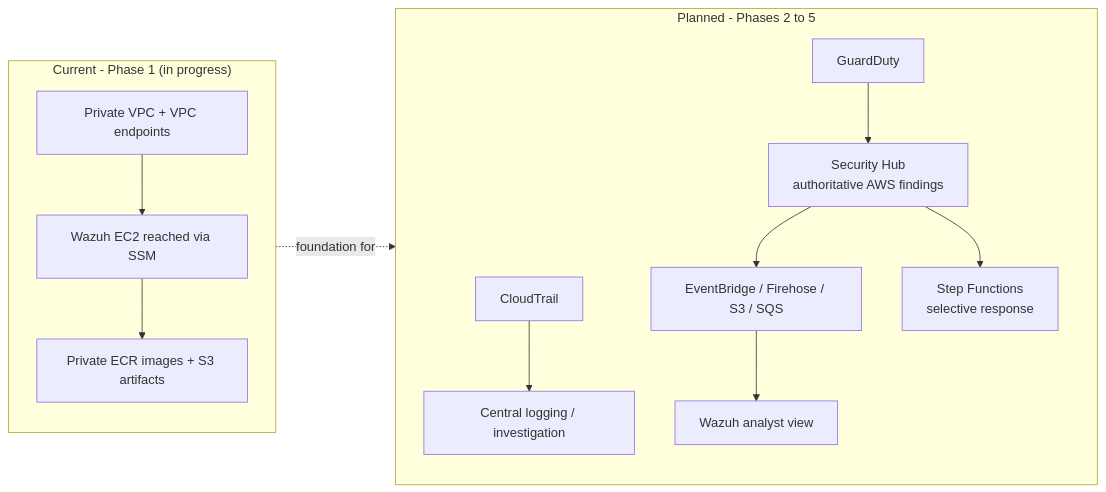
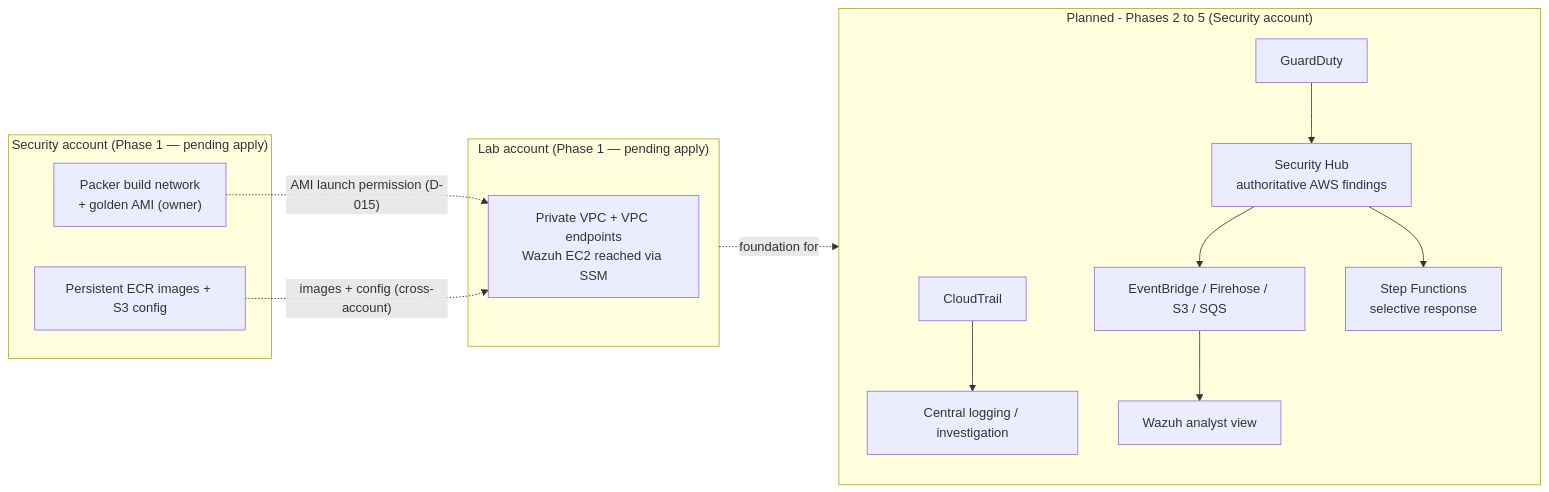
Before and after one commit to ERC-320-61/cloud-secops-lab: the diagram in README.md, drawn with Mermaid. The commit also changed other lines of this file and 20 other files, not shown here.

Commit message:
feat: establish multi-account CloudGuard foundation

````diff
--- a/README.md
+++ b/README.md
@@ -68,21 +74,24 @@
 ```mermaid
 flowchart LR
 
-    subgraph Current["Current - Phase 1 (in progress)"]
-        A["Private VPC + VPC endpoints"] --> B["Wazuh EC2 reached via SSM"]
-        B --> C["Private ECR images + S3 artifacts"]
+    subgraph Sec["Security account (Phase 1 — pending apply)"]
+        PB["Packer build network<br/>+ golden AMI (owner)"]
+        ART["Persistent ECR images + S3 config"]
     end
 
-    subgraph Planned["Planned - Phases 2 to 5"]
+    subgraph Lab["Lab account (Phase 1 — pending apply)"]
+        RT["Private VPC + VPC endpoints<br/>Wazuh EC2 reached via SSM"]
+    end
+
+    subgraph Planned["Planned - Phases 2 to 5 (Security account)"]
         CT["CloudTrail"] --> LOG["Central logging / investigation"]
-
         GD["GuardDuty"] --> SH["Security Hub<br/>authoritative AWS findings"]
-
         SH --> ING["EventBridge / Firehose / S3 / SQS"]
         ING --> WZ["Wazuh analyst view"]
-
         SH --> RESP["Step Functions<br/>selective response"]
     end
 
-    Current -. "foundation for" .-> Planned
+    PB -. "AMI launch permission (D-015)" .-> RT
+    ART -. "images + config (cross-account)" .-> RT
+    Lab -. "foundation for" .-> Planned
 ```
````
